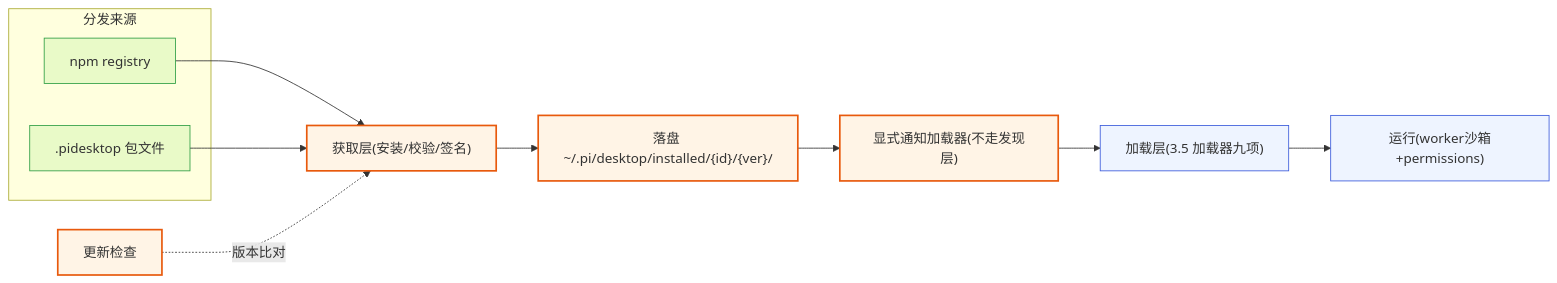
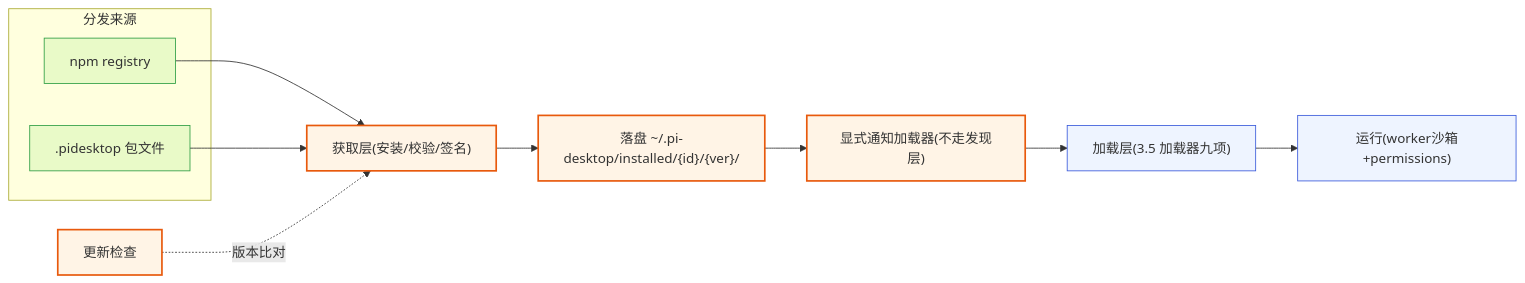
Before and after one commit to GOODDAYDAY/my-harness-desktop: diagram 12 of 21 in DESIGN.md, drawn with Mermaid. The commit also changed other lines of this file and 21 other files, not shown here.

````diff
--- a/DESIGN.md
+++ b/DESIGN.md
@@ -1351,20 +1351,20 @@
 ```mermaid
 flowchart LR
     subgraph SRC["分发来源"]
         NPM["npm registry"]
         FILE[".pidesktop 包文件"]
     end
-    FETCH["获取层(安装/校验/签名)"] --> STORE["落盘 ~/.pi/desktop/installed/{id}/{ver}/"]
+    FETCH["获取层(安装/校验/签名)"] --> STORE["落盘 ~/.pi-desktop/installed/{id}/{ver}/"]
     STORE --> NOTIFY["显式通知加载器(不走发现层)"]
     NOTIFY --> LOAD["加载层(3.5 加载器九项)"]
     LOAD --> RUN["运行(worker沙箱+permissions)"]
     NPM --> FETCH
     FILE --> FETCH
     UPDATE["更新检查"] -.->|版本比对| FETCH
     classDef src fill:#e9fac8,stroke:#2f9e44;
     classDef fetch fill:#fff4e6,stroke:#e8590c,stroke-width:2px;
     classDef reuse fill:#eef4ff,stroke:#3b5bdb;
     class NPM,FILE src;
     class FETCH,STORE,NOTIFY,UPDATE fetch;
     class LOAD,RUN reuse;
 ```
````
